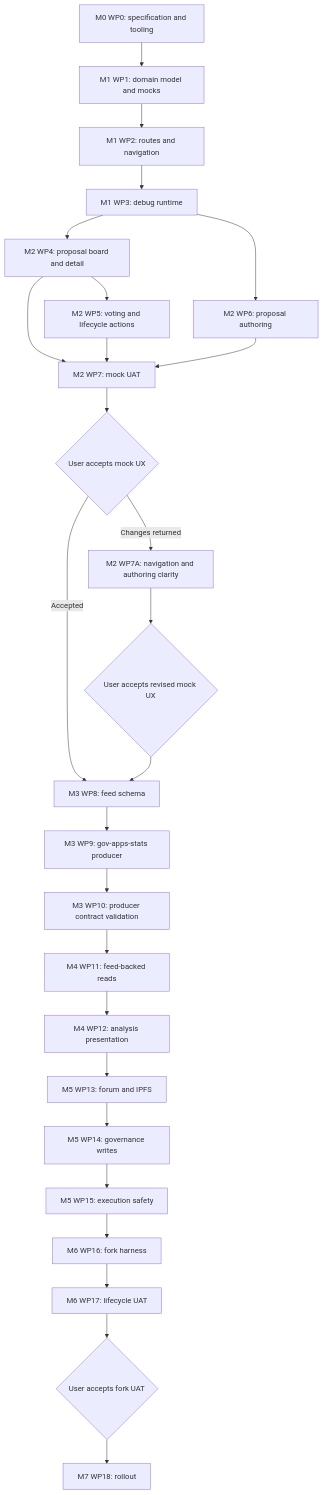
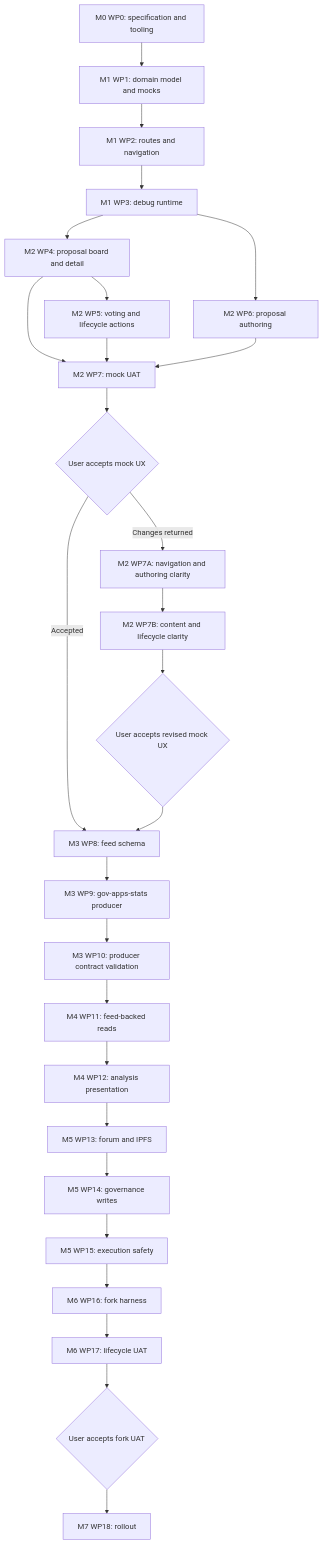
Before and after one commit to yearn/governance-apps: the diagram in docs/apps/dao/delivery/dependency-graph.md, drawn with Mermaid. The commit also changed 15 other files, not shown here.

````diff
--- a/docs/apps/dao/delivery/dependency-graph.md
+++ b/docs/apps/dao/delivery/dependency-graph.md
@@ -3,28 +3,29 @@
 ```mermaid
 flowchart TD
   WP0["M0 WP0: specification and tooling"] --> WP1["M1 WP1: domain model and mocks"]
   WP1 --> WP2["M1 WP2: routes and navigation"]
   WP2 --> WP3["M1 WP3: debug runtime"]
   WP3 --> WP4["M2 WP4: proposal board and detail"]
   WP3 --> WP6["M2 WP6: proposal authoring"]
   WP4 --> WP5["M2 WP5: voting and lifecycle actions"]
   WP4 --> WP7["M2 WP7: mock UAT"]
   WP5 --> WP7
   WP6 --> WP7
   WP7 --> GateM2Initial{"User accepts mock UX"}
   GateM2Initial -->|"Changes returned"| WP7A["M2 WP7A: navigation and authoring clarity"]
-  WP7A --> GateM2{"User accepts revised mock UX"}
+  WP7A --> WP7B["M2 WP7B: content and lifecycle clarity"]
+  WP7B --> GateM2{"User accepts revised mock UX"}
   GateM2Initial -->|"Accepted"| WP8["M3 WP8: feed schema"]
   GateM2 --> WP8
   WP8 --> WP9["M3 WP9: gov-apps-stats producer"]
   WP9 --> WP10["M3 WP10: producer contract validation"]
   WP10 --> WP11["M4 WP11: feed-backed reads"]
   WP11 --> WP12["M4 WP12: analysis presentation"]
   WP12 --> WP13["M5 WP13: forum and IPFS"]
   WP13 --> WP14["M5 WP14: governance writes"]
   WP14 --> WP15["M5 WP15: execution safety"]
   WP15 --> WP16["M6 WP16: fork harness"]
   WP16 --> WP17["M6 WP17: lifecycle UAT"]
   WP17 --> GateM6{"User accepts fork UAT"}
   GateM6 --> WP18["M7 WP18: rollout"]
 ```
````
